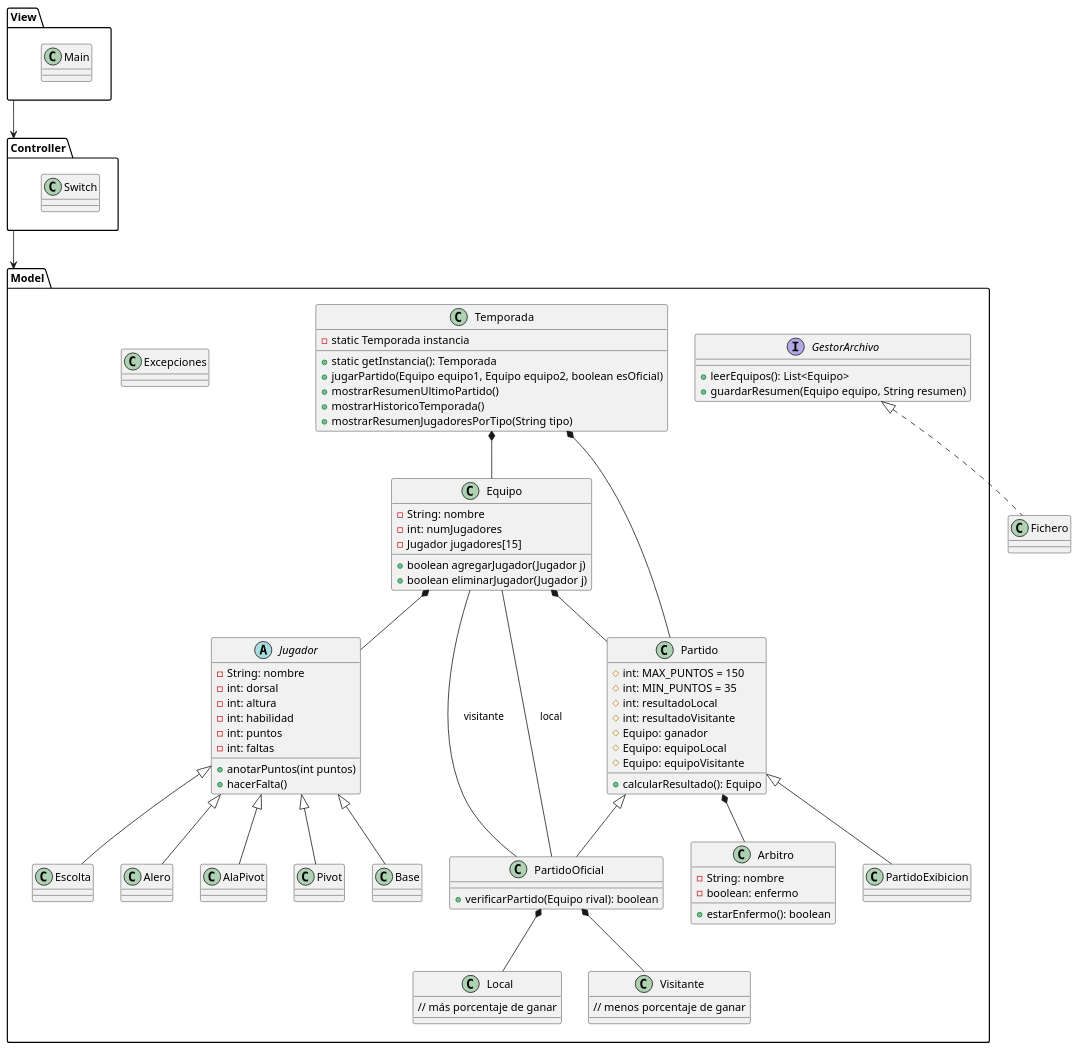
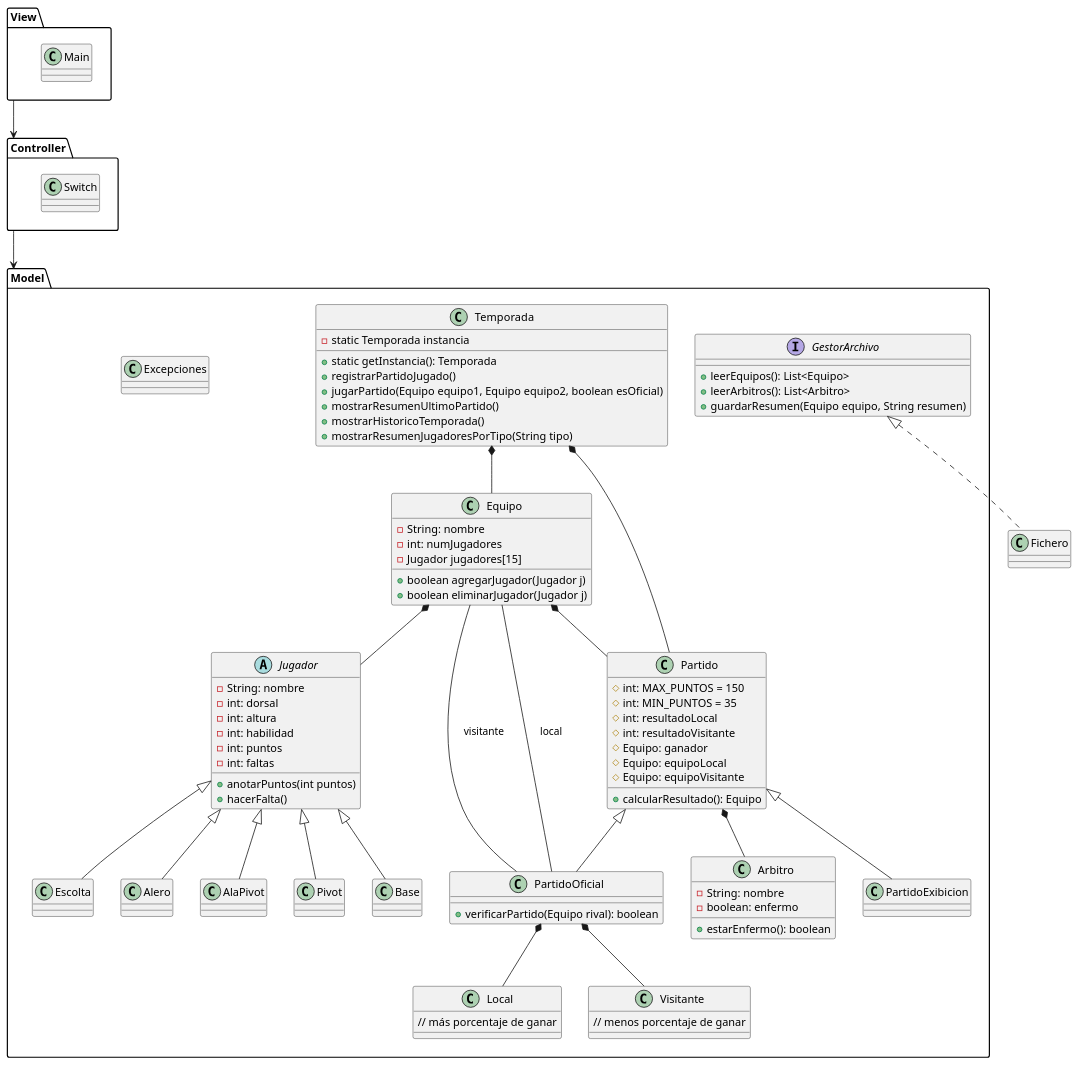
The diagram in practica/disenyo/disenyo.pu (Jorgge22/Practica_3Evaluacion), drawn with PlantUML before and after one commit. The commit also changed 14 other files, not shown here.

```diff
--- a/practica/disenyo/disenyo.pu
+++ b/practica/disenyo/disenyo.pu
@@ -1,123 +1,125 @@
 @startuml basket
 top to bottom direction
 
 package Model{
     class Equipo {
         -String: nombre
         -int: numJugadores
         -Jugador jugadores[15]
         +boolean agregarJugador(Jugador j)
         +boolean eliminarJugador(Jugador j)
     }
 
     abstract class Jugador {
         -String: nombre
         -int: dorsal
         -int: altura
         -int: habilidad
         -int: puntos
         -int: faltas
         +anotarPuntos(int puntos)
         +hacerFalta()
     }
 
     class Base {
     }
 
     class Escolta {
     }
 
     class Alero {
     }
 
     class AlaPivot {
     }
 
     class Pivot {
     }
 
     class Partido {
         #int: MAX_PUNTOS = 150
         #int: MIN_PUNTOS = 35
         #int: resultadoLocal
         #int: resultadoVisitante
         #Equipo: ganador
         #Equipo: equipoLocal
         #Equipo: equipoVisitante
         +calcularResultado(): Equipo
     }
 
     class PartidoExibicion {
     }
 
     class PartidoOficial {
         +verificarPartido(Equipo rival): boolean
     }
 
     class Local {
         // más porcentaje de ganar
     }
 
     class Visitante {
         // menos porcentaje de ganar
     }
 
     class Arbitro {
         -String: nombre
         -boolean: enfermo
         +estarEnfermo(): boolean
     }
 
     interface GestorArchivo {
         +leerEquipos(): List<Equipo>
+        +leerArbitros(): List<Arbitro>
         +guardarResumen(Equipo equipo, String resumen)
     }
 
     class Temporada {
         -static Temporada instancia
         +static getInstancia(): Temporada
+        +registrarPartidoJugado()
         +jugarPartido(Equipo equipo1, Equipo equipo2, boolean esOficial)
         +mostrarResumenUltimoPartido()
         +mostrarHistoricoTemporada()
         +mostrarResumenJugadoresPorTipo(String tipo)
     }
 
     class Excepciones{
     }
 }
 
 package View{
     class Main{}
 }
 
 package Controller{
     class Switch{}
 }
 
 Temporada *-- Partido
 Temporada *-- Equipo
 
 Equipo *-- Jugador
 Equipo *-- Partido
 
 Jugador <|-- Base
 Jugador <|-- Escolta
 Jugador <|-- Alero
 Jugador <|-- AlaPivot
 Jugador <|-- Pivot
 
 Partido *-- Arbitro
 Partido <|-- PartidoOficial
 Partido <|-- PartidoExibicion
 
 PartidoOficial *-- Local
 PartidoOficial *-- Visitante
 PartidoOficial -- Equipo : local
 PartidoOficial -- Equipo : visitante
 
 GestorArchivo <|.. Fichero
 
 View --> Controller
 Controller --> Model
 
 @enduml
```
